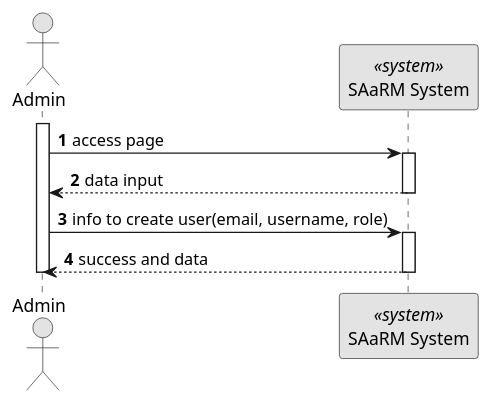
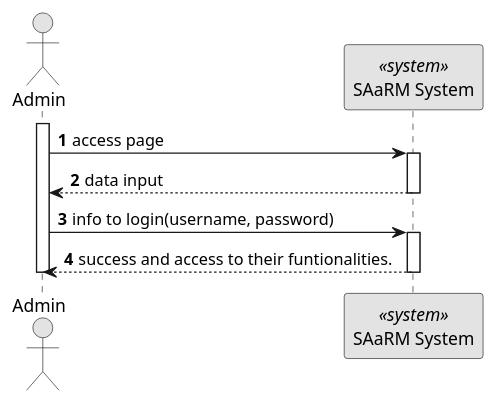
The diagram in docs/BackofficeModule/6.1.2/sequence-diagram-1.puml (Ana-Miguel-Silva/SurgicalAppointmentAndResourceManagement), drawn with PlantUML before and after one commit. The commit also changed 25 other files, not shown here.

```diff
--- a/docs/BackofficeModule/6.1.2/sequence-diagram-1.puml
+++ b/docs/BackofficeModule/6.1.2/sequence-diagram-1.puml
@@ -1,26 +1,26 @@
 @startuml 5.1.1
 skinparam monochrome true
 skinparam packageStyle rectangle
 skinparam shadowing false
 
 autonumber
 
 actor "Admin" as AD
 participant "SAaRM System" as SYS <<system>>
 
 activate AD
 AD -> SYS: access page
 activate SYS
 SYS --> AD : data input
 deactivate SYS
-AD -> SYS : info to create user(email, username, role)
+AD -> SYS : info to login(username, password)
 activate SYS
-SYS --> AD : success and data
+SYS --> AD : success and access to their funtionalities.
 
 deactivate SYS
 
 deactivate AD
 
 
 
 @enduml
```
